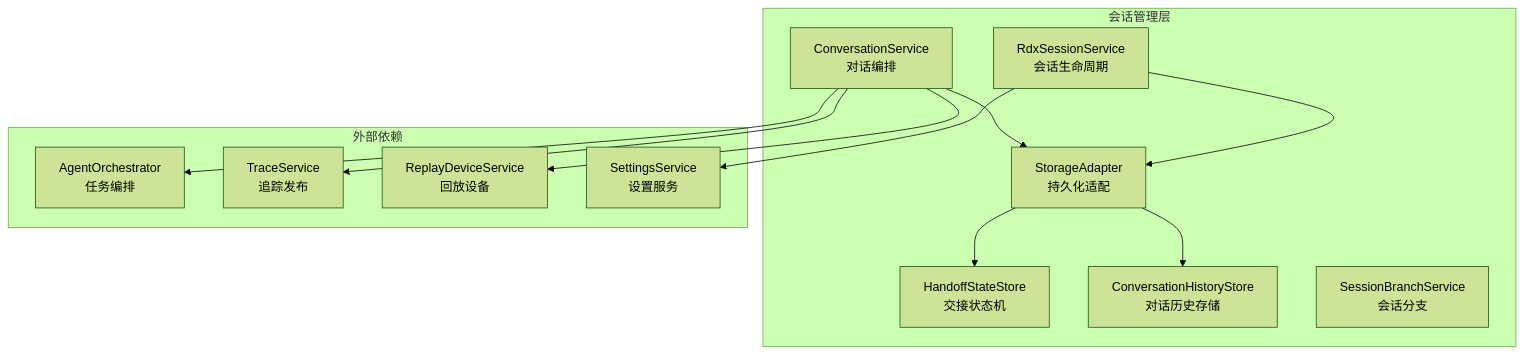
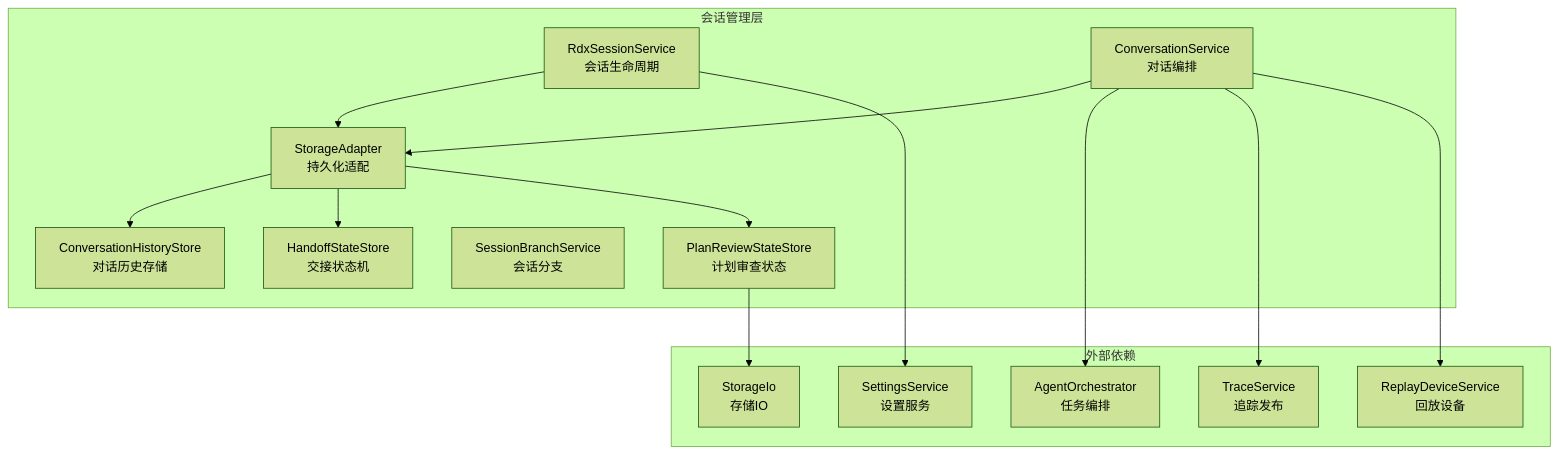
The first of 7 diagrams in .qoder/repowiki/zh/content/核心模块/会话管理系统/会话管理系统.md (haolange/RDC-Agent), drawn with Mermaid (forest theme) before and after one commit. The commit also changed other lines of this file and 208 other files, not shown here.

````diff
--- a/.qoder/repowiki/zh/content/核心模块/会话管理系统/会话管理系统.md
+++ b/.qoder/repowiki/zh/content/核心模块/会话管理系统/会话管理系统.md
@@ -42,25 +53,29 @@
 ```mermaid
 graph TB
 subgraph "会话管理层"
 A["RdxSessionService<br/>会话生命周期"]
 B["ConversationService<br/>对话编排"]
 C["StorageAdapter<br/>持久化适配"]
 D["HandoffStateStore<br/>交接状态机"]
 E["ConversationHistoryStore<br/>对话历史存储"]
 F["SessionBranchService<br/>会话分支"]
+G["PlanReviewStateStore<br/>计划审查状态"]
 end
 subgraph "外部依赖"
-G["AgentOrchestrator<br/>任务编排"]
-H["TraceService<br/>追踪发布"]
-I["ReplayDeviceService<br/>回放设备"]
-J["SettingsService<br/>设置服务"]
+H["AgentOrchestrator<br/>任务编排"]
+I["TraceService<br/>追踪发布"]
+J["ReplayDeviceService<br/>回放设备"]
+K["SettingsService<br/>设置服务"]
+L["StorageIo<br/>存储IO"]
 end
 A --> C
 B --> C
-B --> G
 B --> H
+B --> I
 C --> E
 C --> D
-B --> I
-A --> J
+C --> G
+B --> J
+A --> K
+G --> L
 ```
````
